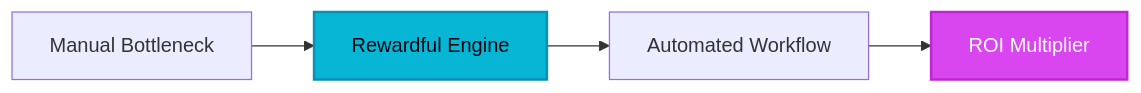
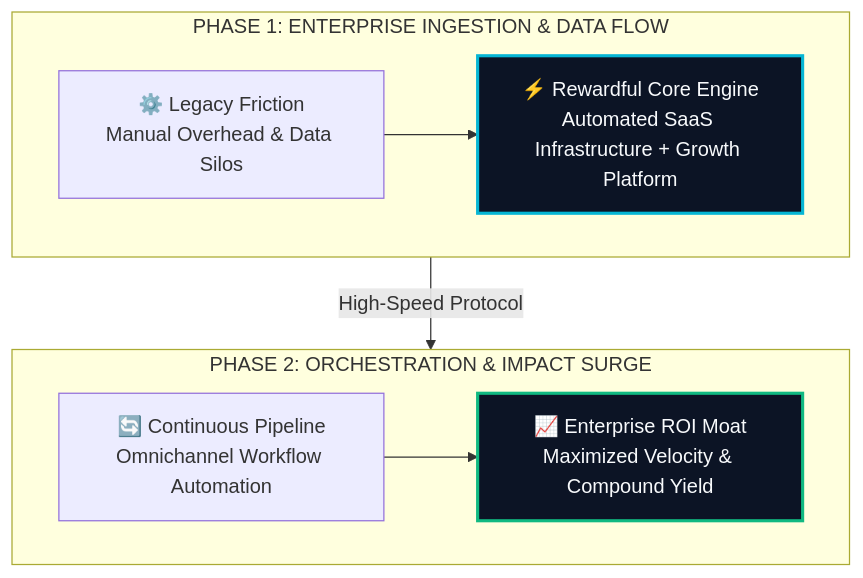
One commit to heliatech-media/saas-radar changed the diagram in site/src/content/blog/rewardful-evolution-guide-2026.md. Above: the diagram before and after it, drawn with Mermaid. The commit also changed 97 other files, not shown here.

First line of the commit message:
feat(diagrams): upgrade all article architecture schemas to high-impact 2-tier responsive vector blueprints

````diff
--- a/site/src/content/blog/rewardful-evolution-guide-2026.md
+++ b/site/src/content/blog/rewardful-evolution-guide-2026.md
@@ -100,8 +100,14 @@
 ```mermaid
-flowchart LR
-    A[Manual Bottleneck] --> B[Rewardful Engine]
-    B --> C[Automated Workflow]
-    C --> D[ROI Multiplier]
-    style B fill:#06b6d4,stroke:#0891b2,stroke-width:2px,color:#030712
-    style D fill:#d946ef,stroke:#c026d3,stroke-width:2px,color:#ffffff
+flowchart TD
+    subgraph S1["PHASE 1: ENTERPRISE INGESTION & DATA FLOW"]
+        direction LR
+        A["⚙️ Legacy Friction<br/>Manual Overhead & Data Silos"] --> B["⚡ Rewardful Core Engine<br/>Automated SaaS Infrastructure + Growth Platform"]
+    end
+    subgraph S2["PHASE 2: ORCHESTRATION & IMPACT SURGE"]
+        direction LR
+        C["🔄 Continuous Pipeline<br/>Omnichannel Workflow Automation"] --> D["📈 Enterprise ROI Moat<br/>Maximized Velocity & Compound Yield"]
+    end
+    S1 -->|High-Speed Protocol| S2
+    style B fill:#0c1425,stroke:#06b6d4,stroke-width:2.5px,color:#f8fafc
+    style D fill:#0c1425,stroke:#10b981,stroke-width:2.5px,color:#f8fafc
 ```
````
